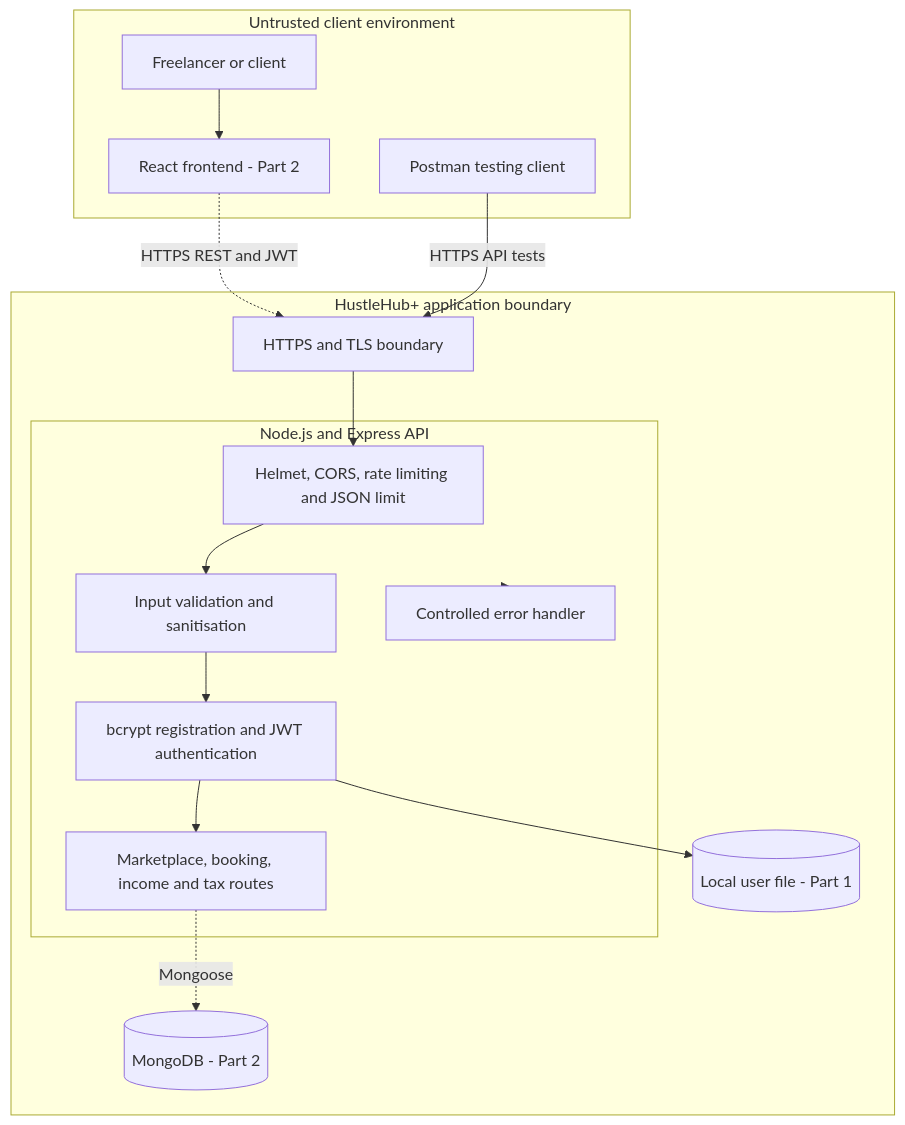
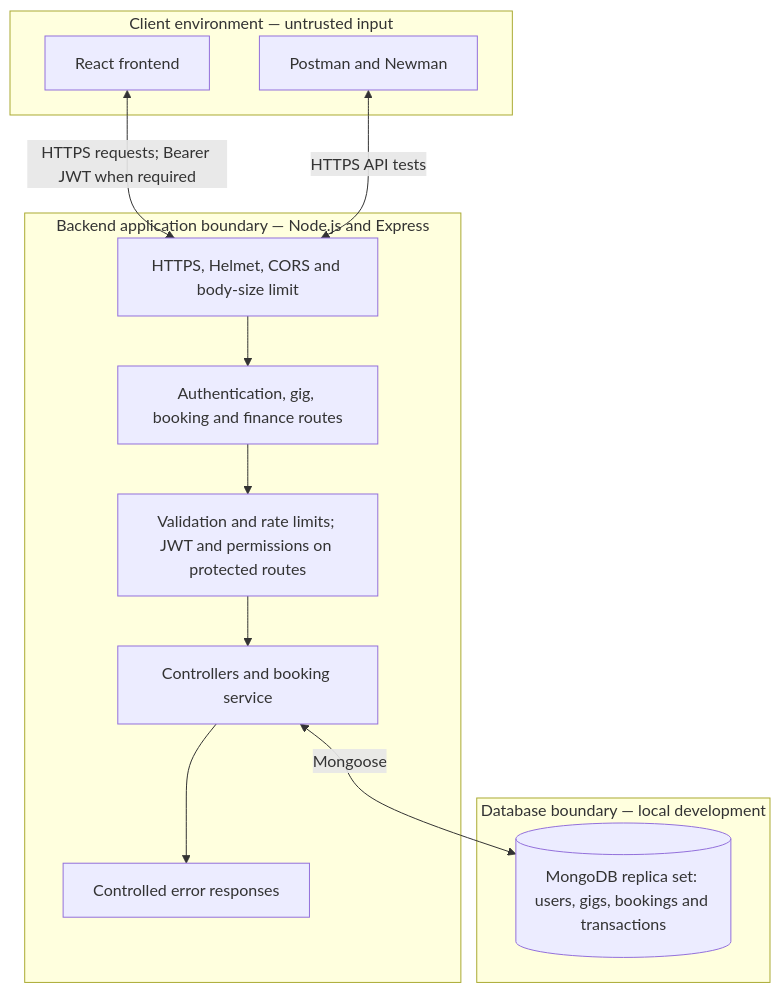
The diagram in README.md (ST10435330/INSY7314_POE_Part3), drawn with Mermaid before and after one commit. The commit also changed other lines of this file, not shown here.

````diff
--- a/README.md
+++ b/README.md
@@ -20,29 +45,25 @@
 ```mermaid
 flowchart TB
-    subgraph Public[Untrusted client environment]
-        U[Freelancer or client]
-        R[React frontend - Part 2]
-        P[Postman testing client]
-        U --> R
+    subgraph CLIENT["Client environment — untrusted input"]
+        REACT["React frontend"]
+        TEST["Postman and Newman"]
     end
 
-    subgraph Boundary[HustleHub+ application boundary]
-        TLS[HTTPS and TLS boundary]
-        subgraph API[Node.js and Express API]
-            SEC[Helmet, CORS, rate limiting and JSON limit]
-            VAL[Input validation and sanitisation]
-            AUTH[bcrypt registration and JWT authentication]
-            ROUTES[Marketplace, booking, income and tax routes]
-            ERR[Controlled error handler]
-        end
-        STORE[(Local user file - Part 1)]
-        DB[(MongoDB - Part 2)]
+    subgraph API["Backend application boundary — Node.js and Express"]
+        HTTPS["HTTPS, Helmet, CORS and body-size limit"]
+        ROUTES["Authentication, gig, booking and finance routes"]
+        CHECKS["Validation and rate limits; JWT and permissions on protected routes"]
+        LOGIC["Controllers and booking service"]
+        ERRORS["Controlled error responses"]
+        HTTPS --> ROUTES --> CHECKS --> LOGIC
+        LOGIC --> ERRORS
     end
 
-    R -. HTTPS REST and JWT .-> TLS
-    P -->|HTTPS API tests| TLS
-    TLS --> SEC --> VAL --> AUTH --> ROUTES
-    API --> ERR
-    AUTH --> STORE
-    ROUTES -. Mongoose .-> DB
+    subgraph DATA["Database boundary — local development"]
+        MONGO[("MongoDB replica set: users, gigs, bookings and transactions")]
+    end
+
+    REACT <-->|"HTTPS requests; Bearer JWT when required"| HTTPS
+    TEST <-->|"HTTPS API tests"| HTTPS
+    LOGIC <-->|"Mongoose"| MONGO
 ```
````
